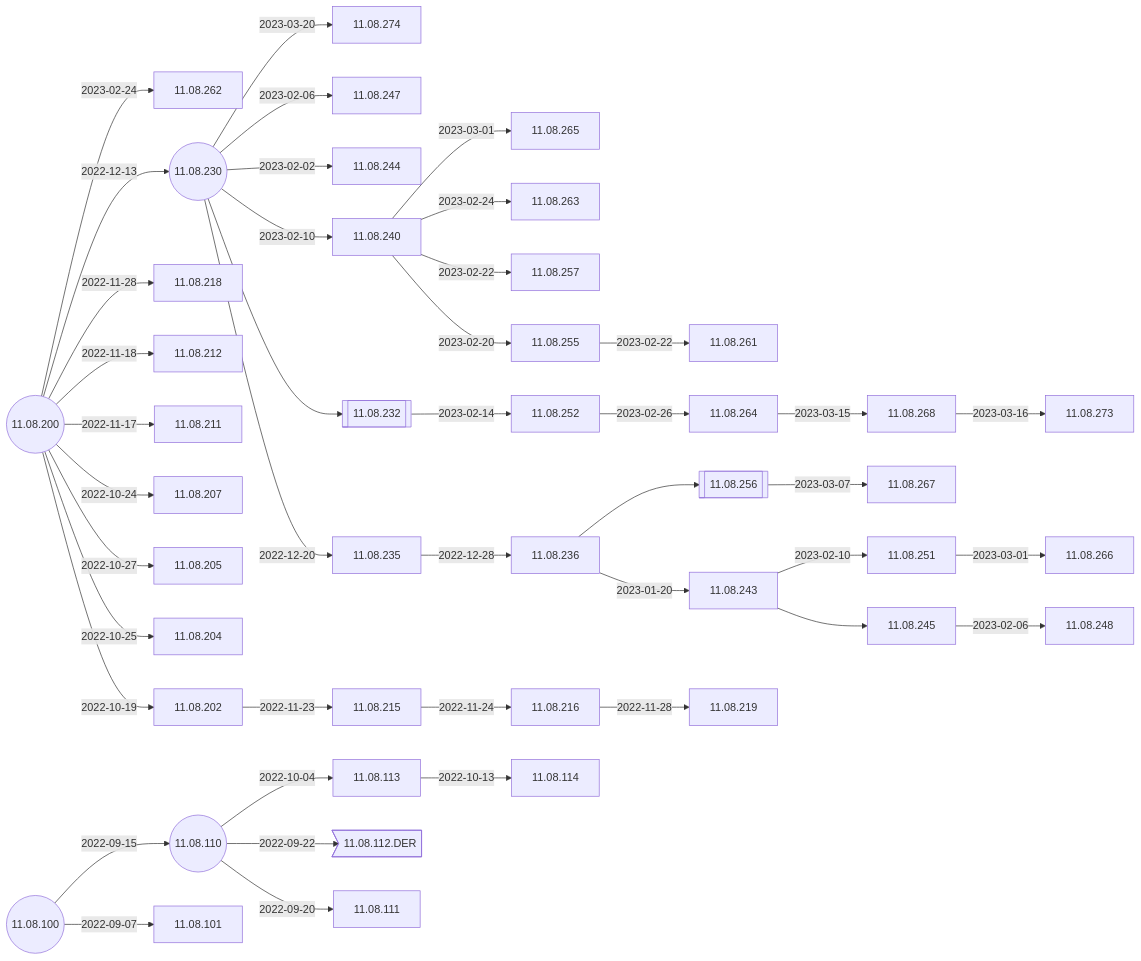
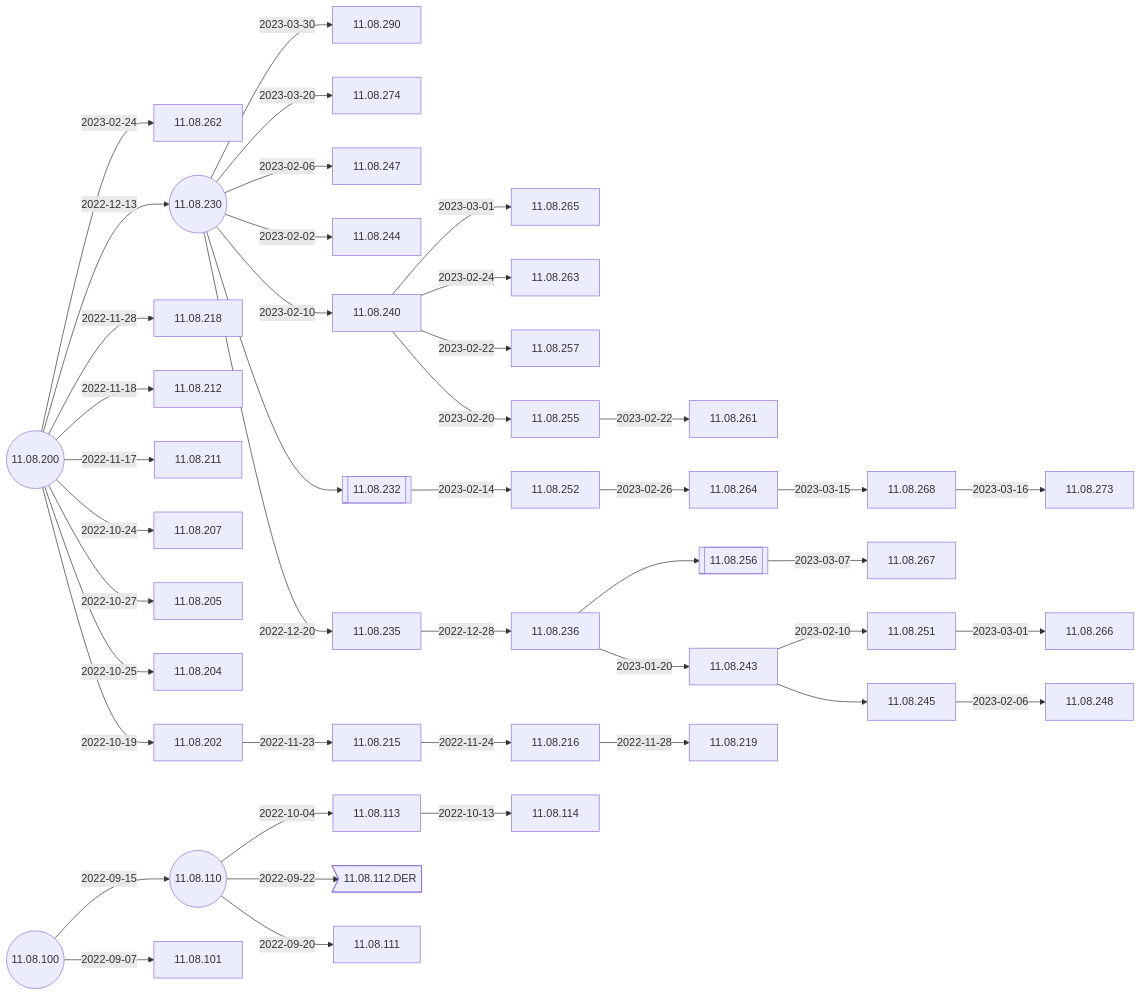
Before and after one commit to IGEL-Community/IGEL-Docs-v02: the second of 4 diagrams in docs/Docs/ReleaseNotes/01-OS11/README.md, drawn with Mermaid. The commit also changed other lines of this file and 2 other files, not shown here.

Commit message:
11.08.290 <- 11.08.230

````diff
--- a/docs/Docs/ReleaseNotes/01-OS11/README.md
+++ b/docs/Docs/ReleaseNotes/01-OS11/README.md
@@ -39,61 +39,63 @@
 ```mermaid
 flowchart LR
+    11.08.230-- 2023-03-30 -->11.08.290
     11.08.230-- 2023-03-20 -->11.08.274
     11.08.236-->11.08.256[[11.08.256]]-- 2023-03-07 -->11.08.267
     11.08.240-- 2023-03-01 -->11.08.265 
     11.08.252-- 2023-02-26 -->11.08.264-- 2023-03-15 -->11.08.268-- 2023-03-16 -->11.08.273
     11.08.200-- 2023-02-24 -->11.08.262
     11.08.243-- 2023-02-10 -->11.08.251-- 2023-03-01 -->11.08.266
     11.08.230-- 2023-02-06 -->11.08.247
     11.08.230-- 2023-02-02 -->11.08.244
     11.08.240-- 2023-02-24 -->11.08.263
     11.08.240-- 2023-02-22 -->11.08.257
     11.08.240-- 2023-02-20 -->11.08.255-- 2023-02-22 -->11.08.261
     11.08.230-- 2023-02-10 -->11.08.240
     11.08.230((11.08.230))-->11.08.232[[11.08.232]]-- 2023-02-14 -->11.08.252
     11.08.200-- 2022-12-13 -->11.08.230-- 2022-12-20 -->11.08.235-- 2022-12-28 -->11.08.236-- 2023-01-20 -->11.08.243-->11.08.245-- 2023-02-06 -->11.08.248
     11.08.200-- 2022-11-28 -->11.08.218
     11.08.200-- 2022-11-18 -->11.08.212
     11.08.200-- 2022-11-17 -->11.08.211
     11.08.200-- 2022-10-24 -->11.08.207
     11.08.200-- 2022-10-27 -->11.08.205
     11.08.200-- 2022-10-25 -->11.08.204
     11.08.200((11.08.200))-- 2022-10-19 -->11.08.202-- 2022-11-23 -->11.08.215-- 2022-11-24 -->11.08.216-- 2022-11-28 -->11.08.219
     11.08.110-- 2022-10-04 -->11.08.113-- 2022-10-13 -->11.08.114
     11.08.110((11.08.110))-- 2022-09-22 -->11.08.112.DER>11.08.112.DER]
     11.08.100-- 2022-09-15 -->11.08.110-- 2022-09-20 -->11.08.111
     11.08.100((11.08.100))-- 2022-09-07 -->11.08.101
+    click 11.08.290 "https://github.com/IGEL-Community/IGEL-Docs-v02/tree/main/docs/Docs/ReleaseNotes/01-OS11/readme11.08.290.txt" _blank
     click 11.08.274 "https://github.com/IGEL-Community/IGEL-Docs-v02/tree/main/docs/Docs/ReleaseNotes/01-OS11/readme11.08.274.txt" _blank
     click 11.08.273 "https://github.com/IGEL-Community/IGEL-Docs-v02/tree/main/docs/Docs/ReleaseNotes/01-OS11/readme11.08.273.txt" _blank
     click 11.08.268 "https://github.com/IGEL-Community/IGEL-Docs-v02/tree/main/docs/Docs/ReleaseNotes/01-OS11/readme11.08.268.txt" _blank
     click 11.08.267 "https://github.com/IGEL-Community/IGEL-Docs-v02/tree/main/docs/Docs/ReleaseNotes/01-OS11/readme11.08.267.txt" _blank
     click 11.08.266 "https://github.com/IGEL-Community/IGEL-Docs-v02/tree/main/docs/Docs/ReleaseNotes/01-OS11/readme11.08.266.txt" _blank
     click 11.08.265 "https://github.com/IGEL-Community/IGEL-Docs-v02/tree/main/docs/Docs/ReleaseNotes/01-OS11/readme11.08.265.txt" _blank
     click 11.08.264 "https://github.com/IGEL-Community/IGEL-Docs-v02/tree/main/docs/Docs/ReleaseNotes/01-OS11/readme11.08.264.txt" _blank
     click 11.08.263 "https://github.com/IGEL-Community/IGEL-Docs-v02/tree/main/docs/Docs/ReleaseNotes/01-OS11/readme11.08.263.txt" _blank
     click 11.08.262 "https://github.com/IGEL-Community/IGEL-Docs-v02/tree/main/docs/Docs/ReleaseNotes/01-OS11/readme11.08.262.txt" _blank
     click 11.08.261 "https://github.com/IGEL-Community/IGEL-Docs-v02/tree/main/docs/Docs/ReleaseNotes/01-OS11/readme11.08.261.txt" _blank
     click 11.08.257 "https://github.com/IGEL-Community/IGEL-Docs-v02/tree/main/docs/Docs/ReleaseNotes/01-OS11/readme11.08.257.txt" _blank
     click 11.08.255 "https://github.com/IGEL-Community/IGEL-Docs-v02/tree/main/docs/Docs/ReleaseNotes/01-OS11/readme11.08.255.txt" _blank
     click 11.08.252 "https://github.com/IGEL-Community/IGEL-Docs-v02/tree/main/docs/Docs/ReleaseNotes/01-OS11/readme11.08.252.txt" _blank
     click 11.08.251 "https://github.com/IGEL-Community/IGEL-Docs-v02/tree/main/docs/Docs/ReleaseNotes/01-OS11/readme11.08.251.txt" _blank
     click 11.08.248 "https://github.com/IGEL-Community/IGEL-Docs-v02/tree/main/docs/Docs/ReleaseNotes/01-OS11/readme11.08.248.txt" _blank
     click 11.08.247 "https://github.com/IGEL-Community/IGEL-Docs-v02/tree/main/docs/Docs/ReleaseNotes/01-OS11/readme11.08.247.txt" _blank
     click 11.08.244 "https://github.com/IGEL-Community/IGEL-Docs-v02/tree/main/docs/Docs/ReleaseNotes/01-OS11/readme11.08.244.txt" _blank
     click 11.08.243 "https://github.com/IGEL-Community/IGEL-Docs-v02/tree/main/docs/Docs/ReleaseNotes/01-OS11/readme11.08.243.txt" _blank
     click 11.08.240 "https://github.com/IGEL-Community/IGEL-Docs-v02/tree/main/docs/Docs/ReleaseNotes/01-OS11/readme11.08.240.txt" _blank
     click 11.08.236 "https://github.com/IGEL-Community/IGEL-Docs-v02/tree/main/docs/Docs/ReleaseNotes/01-OS11/readme11.08.236.txt" _blank
     click 11.08.235 "https://github.com/IGEL-Community/IGEL-Docs-v02/tree/main/docs/Docs/ReleaseNotes/01-OS11/readme11.08.235.txt" _blank
     click 11.08.230 "https://github.com/IGEL-Community/IGEL-Docs-v02/tree/main/docs/Docs/ReleaseNotes/01-OS11/readme11.08.230.txt" _blank
     click 11.08.219 "https://github.com/IGEL-Community/IGEL-Docs-v02/tree/main/docs/Docs/ReleaseNotes/01-OS11/readme11.08.219.txt" _blank
     click 11.08.218 "https://github.com/IGEL-Community/IGEL-Docs-v02/tree/main/docs/Docs/ReleaseNotes/01-OS11/readme11.08.218.txt" _blank
     click 11.08.216 "https://github.com/IGEL-Community/IGEL-Docs-v02/tree/main/docs/Docs/ReleaseNotes/01-OS11/readme11.08.216.txt" _blank
     click 11.08.215 "https://github.com/IGEL-Community/IGEL-Docs-v02/tree/main/docs/Docs/ReleaseNotes/01-OS11/readme11.08.215.txt" _blank
     click 11.08.212 "https://github.com/IGEL-Community/IGEL-Docs-v02/tree/main/docs/Docs/ReleaseNotes/01-OS11/readme11.08.212.txt" _blank
     click 11.08.211 "https://github.com/IGEL-Community/IGEL-Docs-v02/tree/main/docs/Docs/ReleaseNotes/01-OS11/readme11.08.211.txt" _blank
     click 11.08.207 "https://github.com/IGEL-Community/IGEL-Docs-v02/tree/main/docs/Docs/ReleaseNotes/01-OS11/readme11.08.207.txt" _blank
     click 11.08.205 "https://github.com/IGEL-Community/IGEL-Docs-v02/tree/main/docs/Docs/ReleaseNotes/01-OS11/readme11.08.205.txt" _blank
     click 11.08.204 "https://github.com/IGEL-Community/IGEL-Docs-v02/tree/main/docs/Docs/ReleaseNotes/01-OS11/readme11.08.204.txt" _blank
     click 11.08.202 "https://github.com/IGEL-Community/IGEL-Docs-v02/tree/main/docs/Docs/ReleaseNotes/01-OS11/readme11.08.202.txt" _blank
     click 11.08.200 "https://github.com/IGEL-Community/IGEL-Docs-v02/tree/main/docs/Docs/ReleaseNotes/01-OS11/readme11.08.200.txt" _blank
 ```
````
